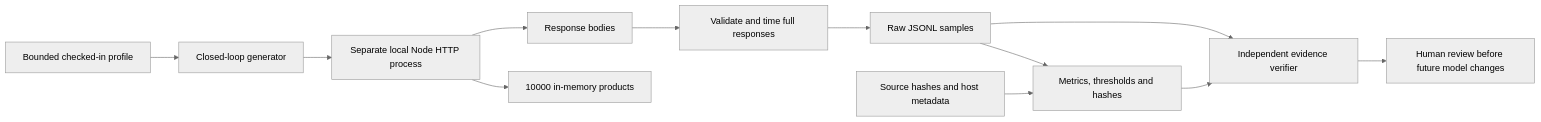
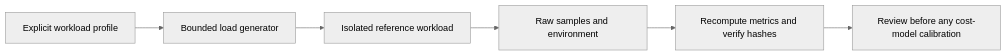
Before and after one commit to oki-dokii/StackSense: the fifth of 5 diagrams in README.md, drawn with Mermaid (neutral theme). The commit also changed other lines of this file and 130 other files, not shown here.

````diff
--- a/README.md
+++ b/README.md
@@ -306,14 +210,8 @@
 ```mermaid
 flowchart LR
-  Profile[Bounded checked-in profile] --> Generator[Closed-loop generator]
-  Generator --> Child[Separate local Node HTTP process]
-  Child --> Data[10000 in-memory products]
-  Child --> Responses[Response bodies]
-  Responses --> Check[Validate and time full responses]
-  Check --> Raw[Raw JSONL samples]
-  Raw --> Summary[Metrics, thresholds and hashes]
-  Source[Source hashes and host metadata] --> Summary
-  Summary --> Verify[Independent evidence verifier]
-  Raw --> Verify
-  Verify --> Review[Human review before future model changes]
+  Profile[Explicit workload profile] --> Generator[Bounded load generator]
+  Generator --> Recipe[Isolated reference workload]
+  Recipe --> Samples[Raw samples and environment]
+  Samples --> Verify[Recompute metrics and verify hashes]
+  Verify --> Review[Review before any cost-model calibration]
 ```
````
